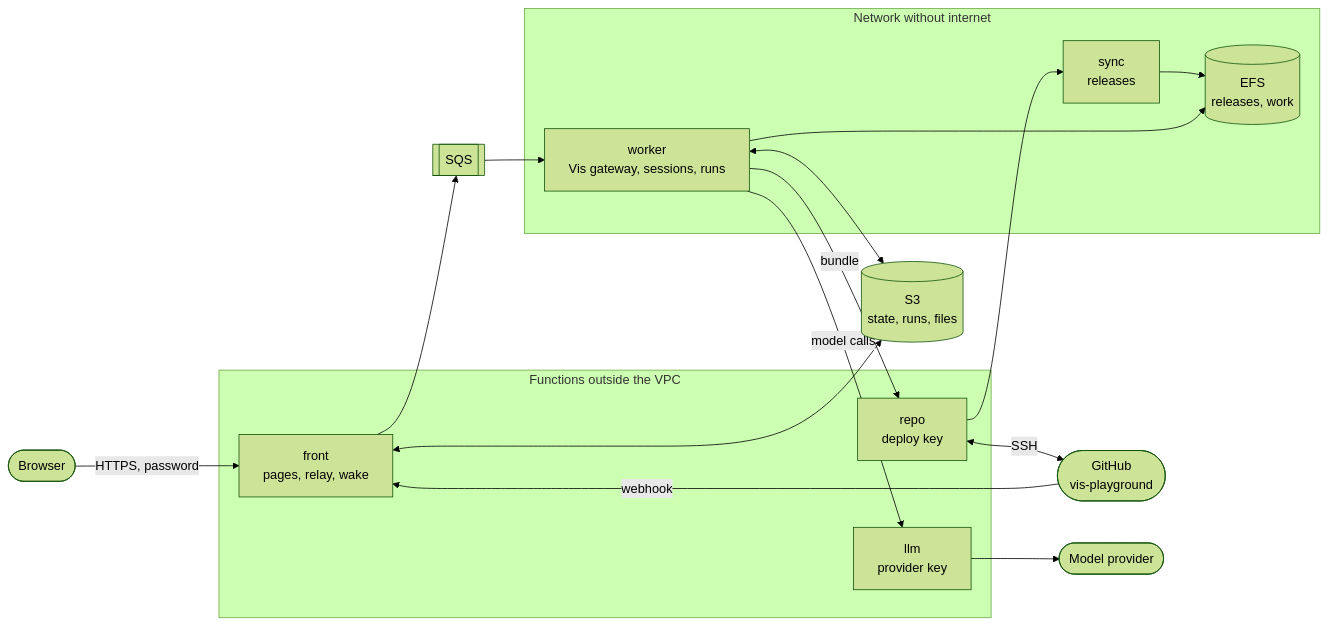
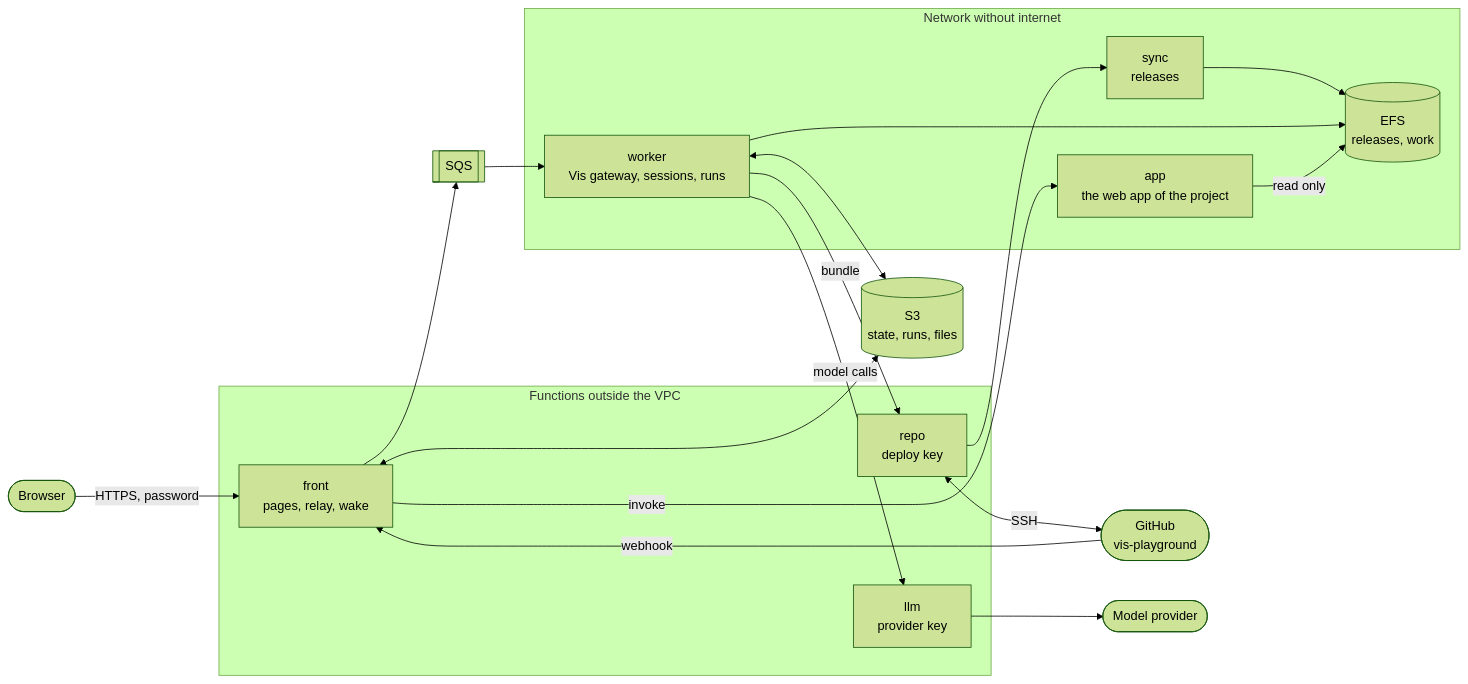
One commit to Blockether/vis changed the diagram in examples/aws-playground/README.md. Above: the diagram before and after it, drawn with Mermaid (forest theme). The commit also changed other lines of this file and 49 other files, not shown here.

````diff
--- a/examples/aws-playground/README.md
+++ b/examples/aws-playground/README.md
@@ -24,24 +27,26 @@
 ```mermaid
 flowchart LR
   browser([Browser]) -->|HTTPS, password| front
   github([GitHub<br>vis-playground]) -->|webhook| front
   subgraph public [Functions outside the VPC]
     front[front<br>pages, relay, wake]
     llm[llm<br>provider key]
     repo[repo<br>deploy key]
   end
   subgraph private [Network without internet]
     worker[worker<br>Vis gateway, sessions, runs]
     sync[sync<br>releases]
+    app[app<br>the web app of the project]
     efs[(EFS<br>releases, work)]
   end
   s3[(S3<br>state, runs, files)]
   queue[[SQS]]
   front --> queue --> worker
   worker <--> s3
   front <--> s3
   worker -->|model calls| llm --> provider([Model provider])
   worker -->|bundle| repo <-->|SSH| github
   repo --> sync --> efs
   worker --> efs
+  front -->|invoke| app -->|read only| efs
 ```
````
